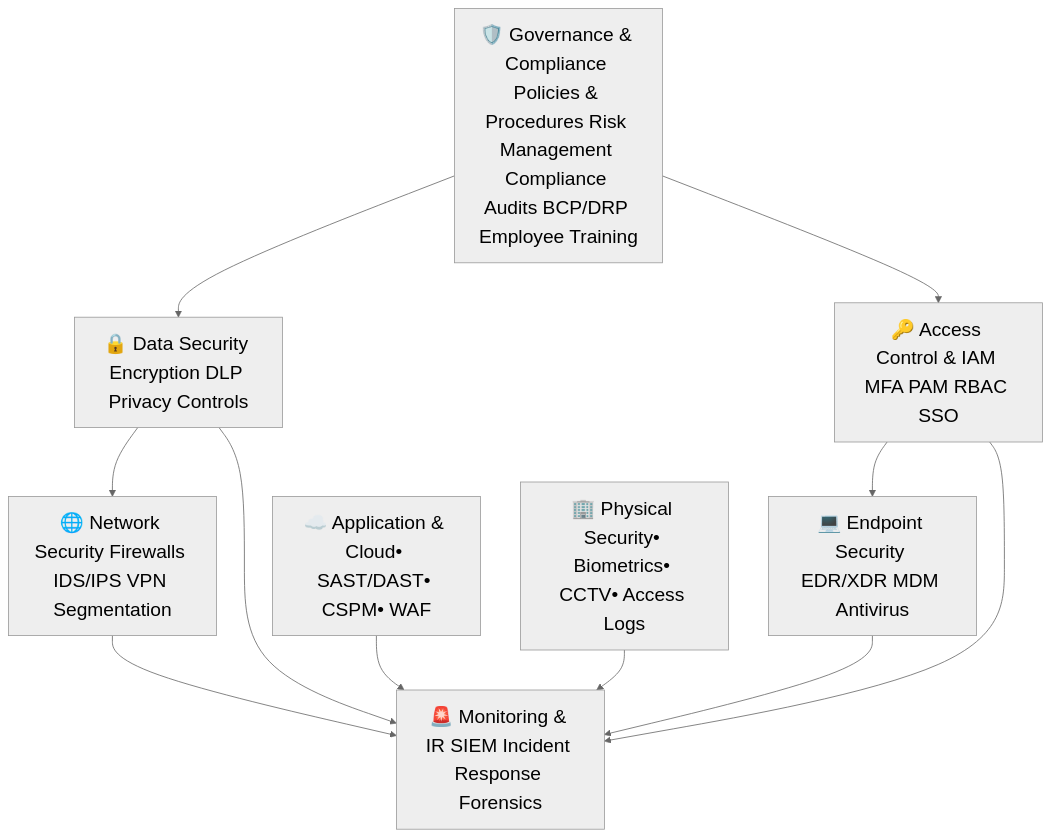
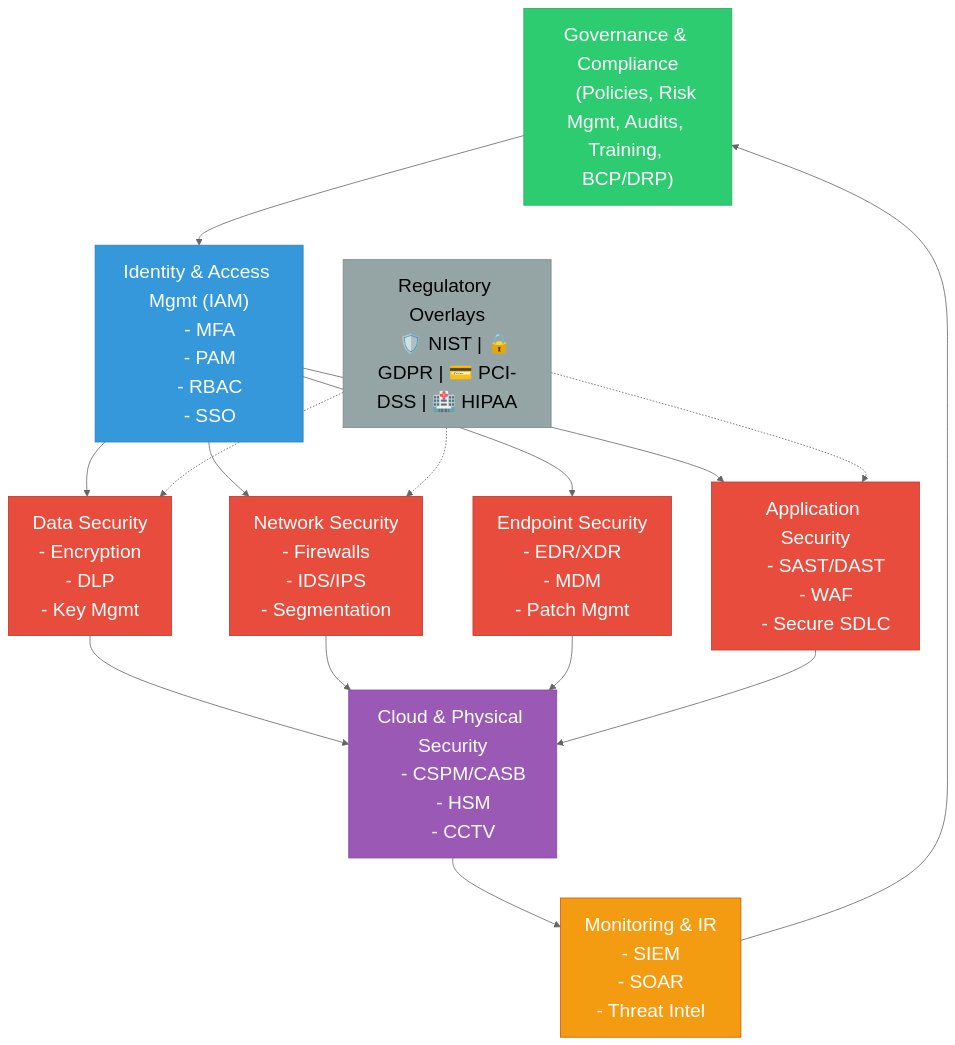
One commit to elGiordano/Entreprise-Security-Compliance changed the diagram in README.md. Above: the diagram before and after it, drawn with Mermaid.

````diff
--- a/README.md
+++ b/README.md
@@ -128,14 +128,85 @@
 ```mermaid
 %%{init: {'theme': 'neutral', 'themeVariables': { 'fontSize': '24px', 'primaryColor': '#f0f0f0', 'edgeLabelBackground':'#ffffff'}}}%%
+%% Enterprise Security Compliance Framework (Mermaid v10.6.0)
 flowchart TD
-    A[🛡️ Governance & Compliance"" Policies & Procedures"" Risk Management"" Compliance Audits"" BCP/DRP"" Employee Training] --> B[🔒 Data Security"" Encryption"" DLP"" Privacy Controls]
-    A --> C[🔑 Access Control & IAM"" MFA"" PAM"" RBAC"" SSO]
-    B --> D[🌐 Network Security"" Firewalls"" IDS/IPS"" VPN"" Segmentation]
-    C --> E[💻 Endpoint Security"" EDR/XDR"" MDM"" Antivirus]
-    D --> F[🚨 Monitoring & IR"" SIEM"" Incident Response"" Forensics]
-    E --> F
-    B --> F
-    C --> F
-    G[☁️ Application & Cloud""• SAST/DAST""• CSPM""• WAF] --> F
-    H[🏢 Physical Security""• Biometrics""• CCTV""• Access Logs] --> F
+    %% ========== Governance Layer ==========
+    Governance["Governance & Compliance
+    (Policies, Risk Mgmt, Audits, Training, BCP/DRP)"]
+
+    %% ========== IAM Core ==========
+    IAM["Identity & Access Mgmt (IAM)
+    - MFA
+    - PAM
+    - RBAC
+    - SSO"]
+
+    %% ========== Security Domains ==========
+    DataSec["Data Security
+    - Encryption
+    - DLP
+    - Key Mgmt"]
+    
+    Network["Network Security
+    - Firewalls
+    - IDS/IPS
+    - Segmentation"]
+    
+    Endpoint["Endpoint Security
+    - EDR/XDR
+    - MDM
+    - Patch Mgmt"]
+    
+    AppSec["Application Security
+    - SAST/DAST
+    - WAF
+    - Secure SDLC"]
+
+    %% ========== Infrastructure ==========
+    Cloud["Cloud & Physical Security
+    - CSPM/CASB
+    - HSM
+    - CCTV"]
+
+    %% ========== Monitoring ==========
+    Monitoring["Monitoring & IR
+    - SIEM
+    - SOAR
+    - Threat Intel"]
+
+    %% ========== Regulation Overlays ==========
+    Regulations["Regulatory Overlays
+    🛡️ NIST | 🔒 GDPR | 💳 PCI-DSS | 🏥 HIPAA"]
+
+    %% ========== Connections ==========
+    Governance --> IAM
+    IAM --> DataSec
+    IAM --> Network
+    IAM --> Endpoint
+    IAM --> AppSec
+    DataSec --> Cloud
+    Network --> Cloud
+    Endpoint --> Cloud
+    AppSec --> Cloud
+    Cloud --> Monitoring
+    Monitoring --> Governance
+
+    Regulations -.-> DataSec
+    Regulations -.-> Network
+    Regulations -.-> AppSec
+
+    %% ========== Styling ==========
+    classDef governance fill:#2ecc71,stroke:#27ae60,color:white
+    classDef iam fill:#3498db,stroke:#2980b9,color:white
+    classDef security fill:#e74c3c,stroke:#c0392b,color:white
+    classDef infra fill:#9b59b6,stroke:#8e44ad,color:white
+    classDef monitor fill:#f39c12,stroke:#d35400,color:white
+    classDef regulation fill:#95a5a6,stroke:#7f8c8d,color:black
+
+    class Governance governance
+    class IAM iam
+    class DataSec,Network,Endpoint,AppSec security
+    class Cloud infra
+    class Monitoring monitor
+    class Regulations regulation
+
 ```
````
